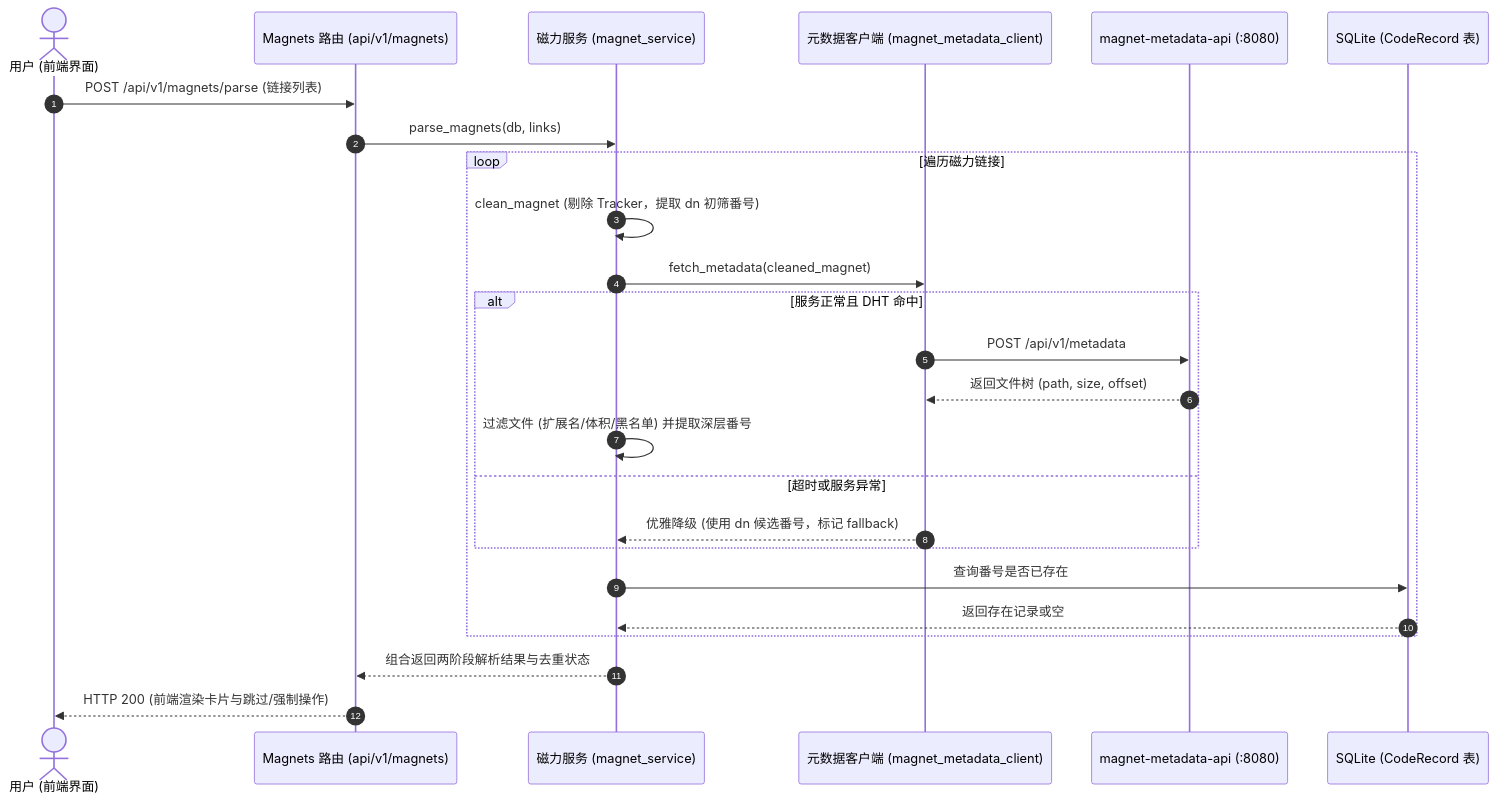
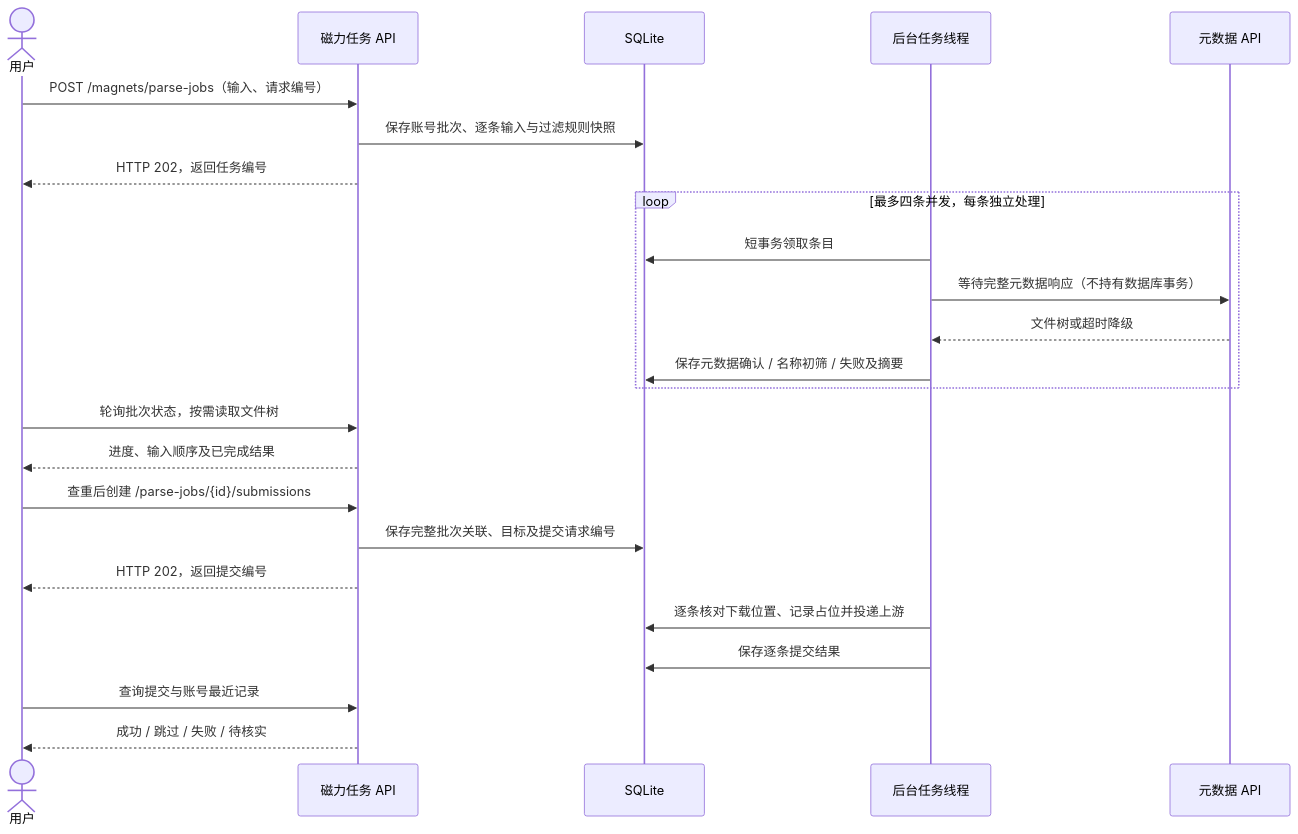
One commit to TheWuSi/Kuroko changed the second of 3 diagrams in docs/dev/architecture.md. Above: the diagram before and after it, drawn with Mermaid. The commit also changed other lines of this file and 36 other files, not shown here.

````diff
--- a/docs/dev/architecture.md
+++ b/docs/dev/architecture.md
@@ -101,28 +102,26 @@
 ```mermaid
 sequenceDiagram
-    autonumber
-    actor User as 用户 (前端界面)
-    participant API as Magnets 路由 (api/v1/magnets)
-    participant MagSvc as 磁力服务 (magnet_service)
-    participant BTClient as 元数据客户端 (magnet_metadata_client)
-    participant BTService as magnet-metadata-api (:8080)
-    participant DB as SQLite (CodeRecord 表)
-
-    User->>API: POST /api/v1/magnets/parse (链接列表)
-    API->>MagSvc: parse_magnets(db, links)
-    loop 遍历磁力链接
-        MagSvc->>MagSvc: clean_magnet (剔除 Tracker，提取 dn 初筛番号)
-        MagSvc->>BTClient: fetch_metadata(cleaned_magnet)
-        alt 服务正常且 DHT 命中
-            BTClient->>BTService: POST /api/v1/metadata
-            BTService-->>BTClient: 返回文件树 (path, size, offset)
-            MagSvc->>MagSvc: 过滤文件 (扩展名/体积/黑名单) 并提取深层番号
-        else 超时或服务异常
-            BTClient-->>MagSvc: 优雅降级 (使用 dn 候选番号，标记 fallback)
-        end
-        MagSvc->>DB: 查询番号是否已存在
-        DB-->>MagSvc: 返回存在记录或空
+    actor User as 用户
+    participant API as 磁力任务 API
+    participant DB as SQLite
+    participant Runner as 后台任务线程
+    participant BT as 元数据 API
+    User->>API: POST /magnets/parse-jobs（输入、请求编号）
+    API->>DB: 保存账号批次、逐条输入与过滤规则快照
+    API-->>User: HTTP 202，返回任务编号
+    loop 最多四条并发，每条独立处理
+        Runner->>DB: 短事务领取条目
+        Runner->>BT: 等待完整元数据响应（不持有数据库事务）
+        BT-->>Runner: 文件树或超时降级
+        Runner->>DB: 保存元数据确认 / 名称初筛 / 失败及摘要
     end
-    MagSvc-->>API: 组合返回两阶段解析结果与去重状态
-    API-->>User: HTTP 200 (前端渲染卡片与跳过/强制操作)
+    User->>API: 轮询批次状态，按需读取文件树
+    API-->>User: 进度、输入顺序及已完成结果
+    User->>API: 查重后创建 /parse-jobs/{id}/submissions
+    API->>DB: 保存完整批次关联、目标及提交请求编号
+    API-->>User: HTTP 202，返回提交编号
+    Runner->>DB: 逐条核对下载位置、记录占位并投递上游
+    Runner->>DB: 保存逐条提交结果
+    User->>API: 查询提交与账号最近记录
+    API-->>User: 成功 / 跳过 / 失败 / 待核实
 ```
````
